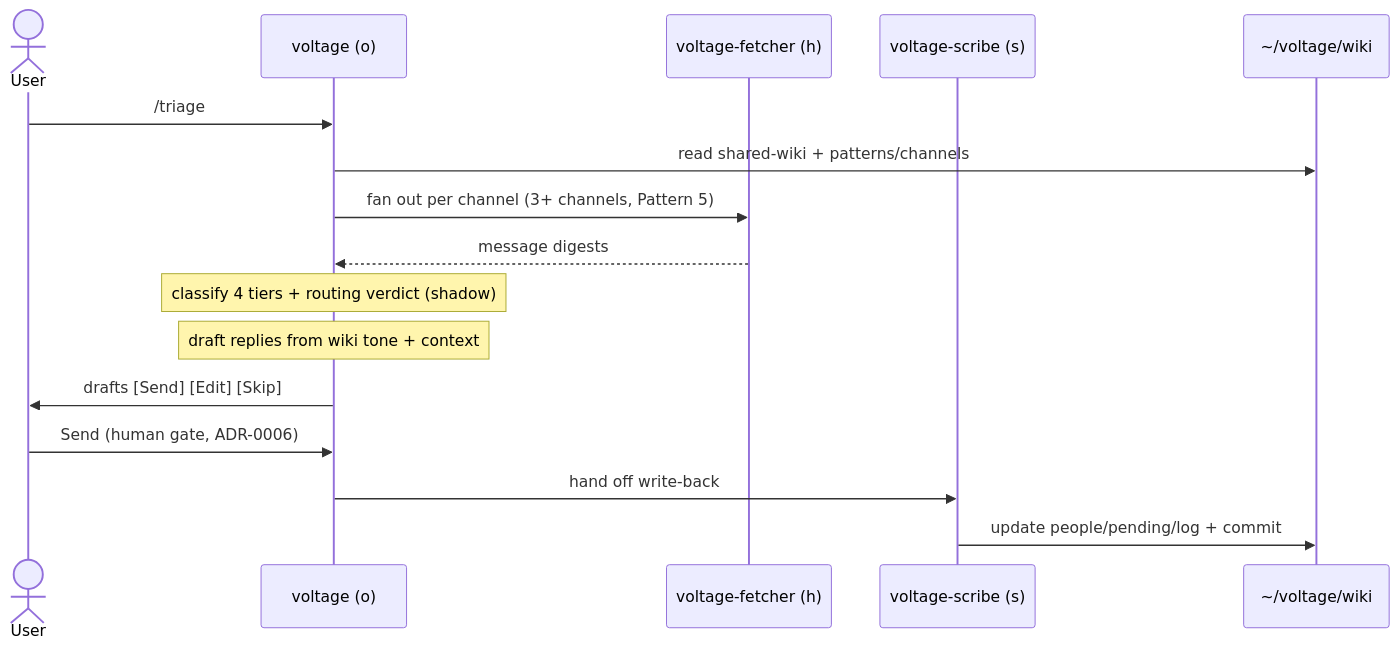
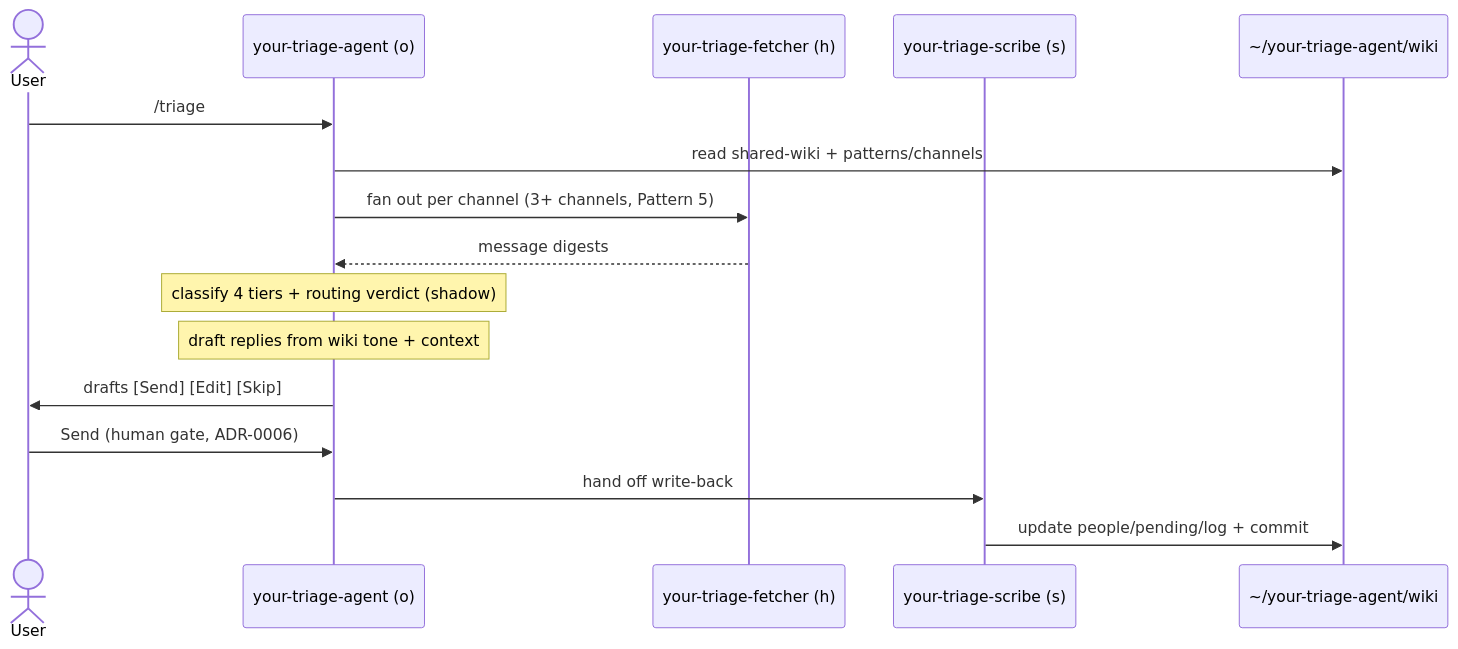
One commit to agent-rails/agentic-fabric changed the second of 3 diagrams in docs/ARCHITECTURE.md. Above: the diagram before and after it, drawn with Mermaid. The commit also changed other lines of this file and 72 other files, not shown here.

````diff
--- a/docs/ARCHITECTURE.md
+++ b/docs/ARCHITECTURE.md
@@ -116,19 +116,19 @@
 ```mermaid
 sequenceDiagram
     actor User
-    participant V as voltage (o)
-    participant F as voltage-fetcher (h)
-    participant Sc as voltage-scribe (s)
-    participant W as ~/voltage/wiki
+    participant V as your-triage-agent (o)
+    participant F as your-triage-fetcher (h)
+    participant Sc as your-triage-scribe (s)
+    participant W as ~/your-triage-agent/wiki
 
     User->>V: /triage
     V->>W: read shared-wiki + patterns/channels
     V->>F: fan out per channel (3+ channels, Pattern 5)
     F-->>V: message digests
     Note over V: classify 4 tiers + routing verdict (shadow)
     Note over V: draft replies from wiki tone + context
     V->>User: drafts [Send] [Edit] [Skip]
     User->>V: Send (human gate, ADR-0006)
     V->>Sc: hand off write-back
     Sc->>W: update people/pending/log + commit
 ```
````
